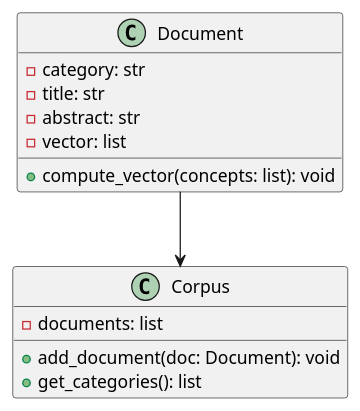
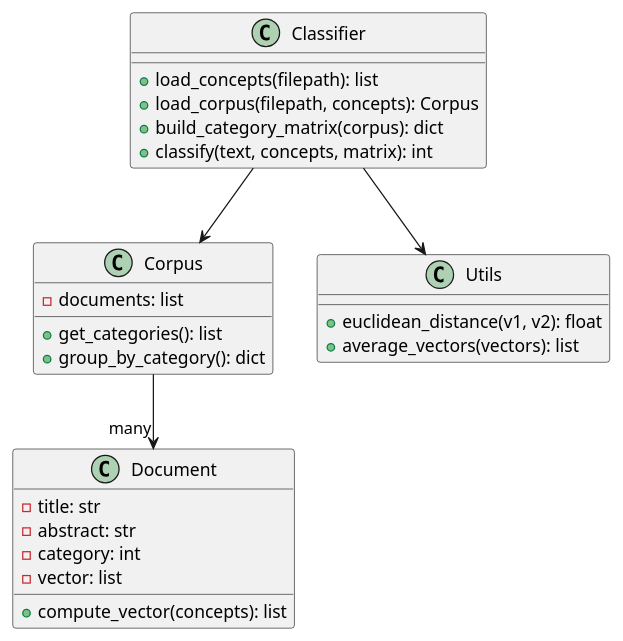
Before and after one commit to Tracy-55/Module1_Intelligence_Systems: the diagram in uml/class_diagram.puml, drawn with PlantUML. The commit also changed other lines of this file and 3 other files, not shown here.

```diff
--- a/uml/class_diagram.puml
+++ b/uml/class_diagram.puml
@@ -1,17 +1,37 @@
-@startuml name
+@startuml name 
+
+' Document class
 class Document {
-    - category: str
     - title: str
     - abstract: str
+    - category: int
     - vector: list
-    + compute_vector(concepts: list): void
+    + compute_vector(concepts): list
 }
 
+' Corpus class
 class Corpus {
     - documents: list
-    + add_document(doc: Document): void
     + get_categories(): list
+    + group_by_category(): dict
 }
 
-Document --> Corpus
+' Functional utilities (represented as package or class)
+class Utils {
+    + euclidean_distance(v1, v2): float
+    + average_vectors(vectors): list
+}
+
+' Classifier functions (can be grouped into a module or utility)
+class Classifier {
+    + load_concepts(filepath): list
+    + load_corpus(filepath, concepts): Corpus
+    + build_category_matrix(corpus): dict
+    + classify(text, concepts, matrix): int
+}
+
+Corpus --> "many" Document
+Classifier --> Corpus
+Classifier --> Utils
+
 @enduml
```
